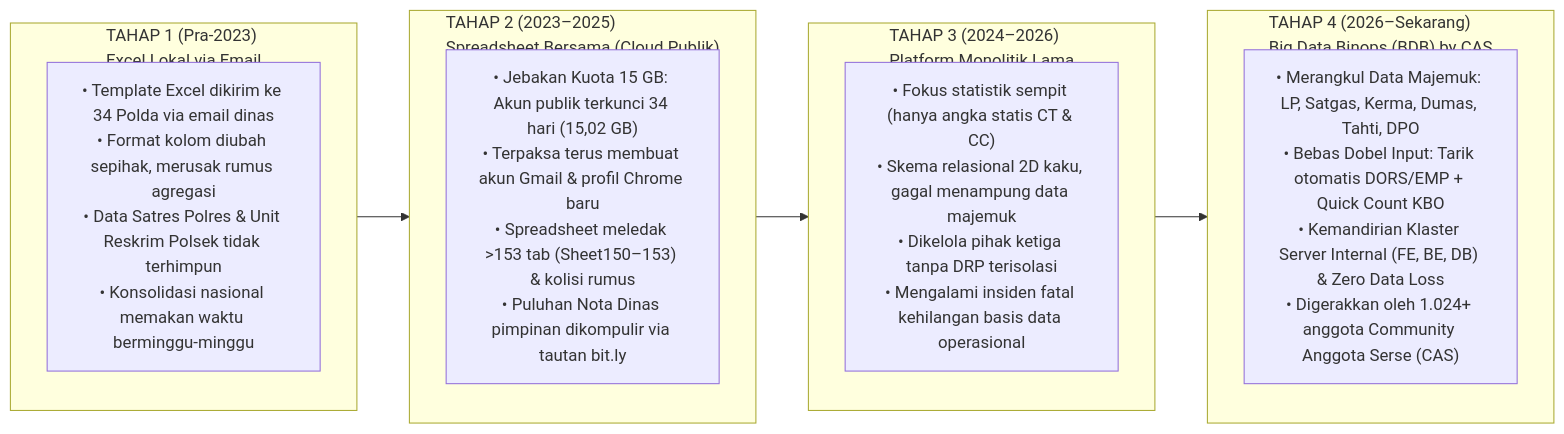
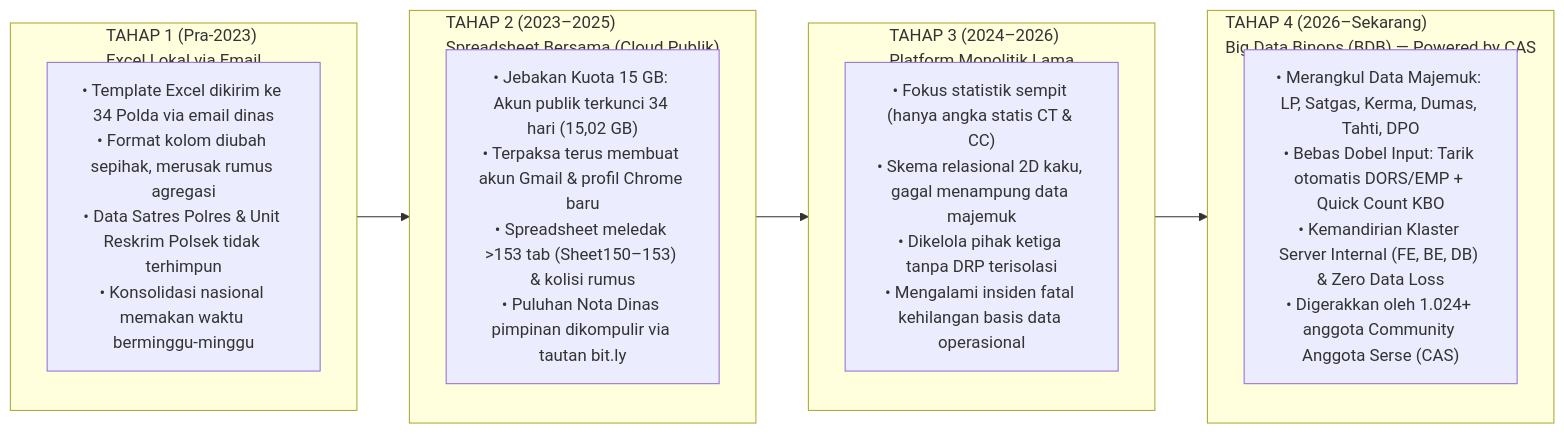
One commit to omeko42/big-data-binops changed the first of 2 diagrams in README.id.md. Above: the diagram before and after it, drawn with Mermaid. The commit also changed other lines of this file and 12 other files, not shown here.

Commit message:
chore(rebrand): standardize all headers to Big Data Binops (BDB) — Powered by CAS (Community Anggota Serse)

````diff
--- a/README.id.md
+++ b/README.id.md
@@ -25,20 +25,20 @@
 ```mermaid
 flowchart LR
     subgraph T1["TAHAP 1 (Pra-2023)\nExcel Lokal via Email"]
         T1D["• Template Excel dikirim ke 34 Polda via email dinas\n• Format kolom diubah sepihak, merusak rumus agregasi\n• Data Satres Polres & Unit Reskrim Polsek tidak terhimpun\n• Konsolidasi nasional memakan waktu berminggu-minggu"]
     end
 
     subgraph T2["TAHAP 2 (2023–2025)\nSpreadsheet Bersama (Cloud Publik)"]
         T2D["• Jebakan Kuota 15 GB: Akun publik terkunci 34 hari (15,02 GB)\n• Terpaksa terus membuat akun Gmail & profil Chrome baru\n• Spreadsheet meledak >153 tab (Sheet150–153) & kolisi rumus\n• Puluhan Nota Dinas pimpinan dikompulir via tautan bit.ly"]
     end
 
     subgraph T3["TAHAP 3 (2024–2026)\nPlatform Monolitik Lama"]
         T3D["• Fokus statistik sempit (hanya angka statis CT & CC)\n• Skema relasional 2D kaku, gagal menampung data majemuk\n• Dikelola pihak ketiga tanpa DRP terisolasi\n• Mengalami insiden fatal kehilangan basis data operasional"]
     end
 
-    subgraph T4["TAHAP 4 (2026–Sekarang)\nBig Data Binops (BDB) by CAS"]
+    subgraph T4["TAHAP 4 (2026–Sekarang)\nBig Data Binops (BDB) — Powered by CAS"]
         T4D["• Merangkul Data Majemuk: LP, Satgas, Kerma, Dumas, Tahti, DPO\n• Bebas Dobel Input: Tarik otomatis DORS/EMP + Quick Count KBO\n• Kemandirian Klaster Server Internal (FE, BE, DB) & Zero Data Loss\n• Digerakkan oleh 1.024+ anggota Community Anggota Serse (CAS)"]
     end
 
     T1 --> T2 --> T3 --> T4
 ```
````
